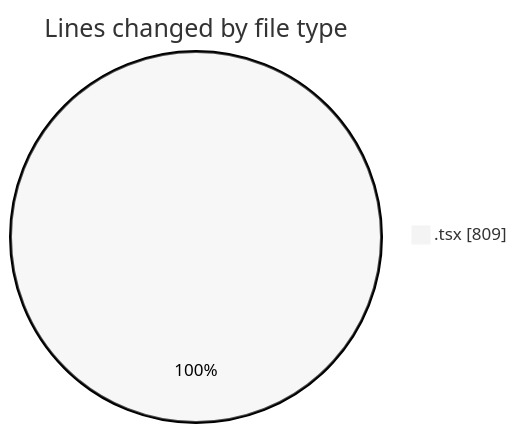
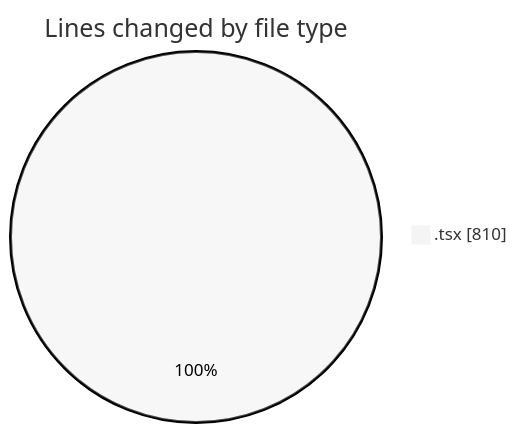
The first of 2 diagrams in 2026-03-31/nxtqube_webapp/README.md (nxtqubesakshisongat/code-tracking), drawn with Mermaid (neutral theme) before and after one commit. The commit also changed other lines of this file and 1 other file, not shown here.

````diff
--- a/2026-03-31/nxtqube_webapp/README.md
+++ b/2026-03-31/nxtqube_webapp/README.md
@@ -20,5 +20,5 @@
 ```mermaid
 pie showData
 title Lines changed by file type
-".tsx" : 809
+".tsx" : 810
 ```
````
